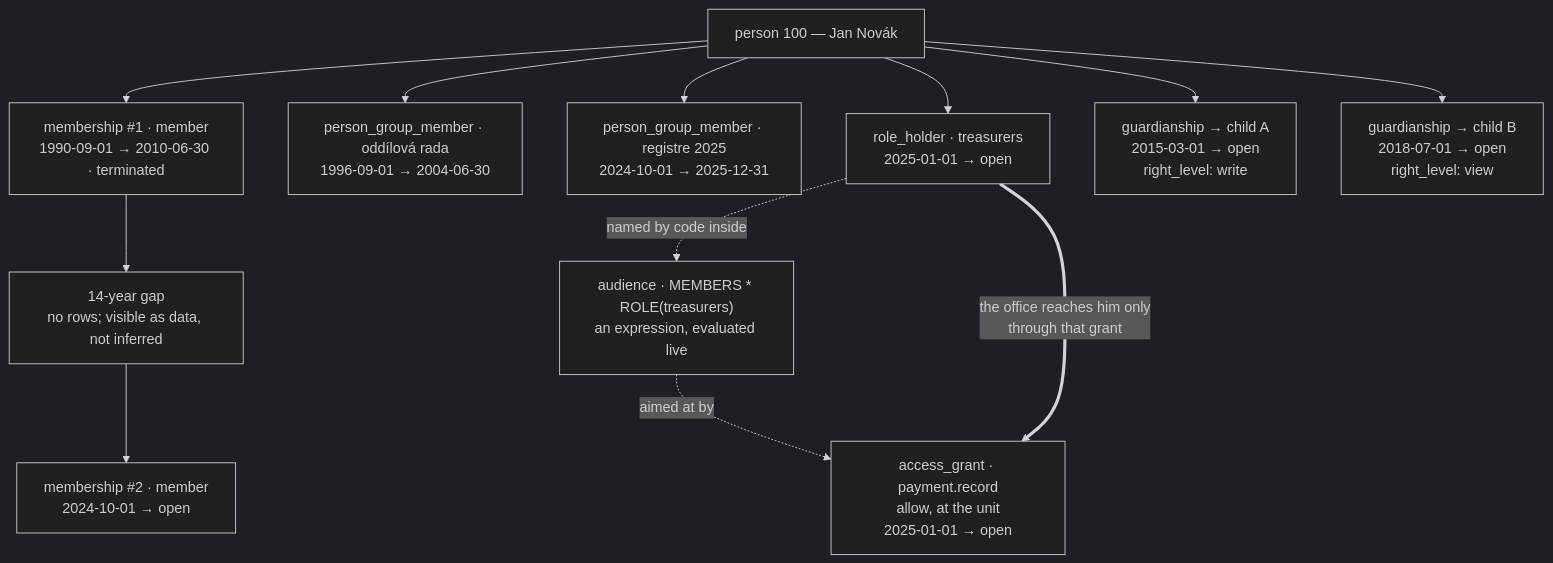
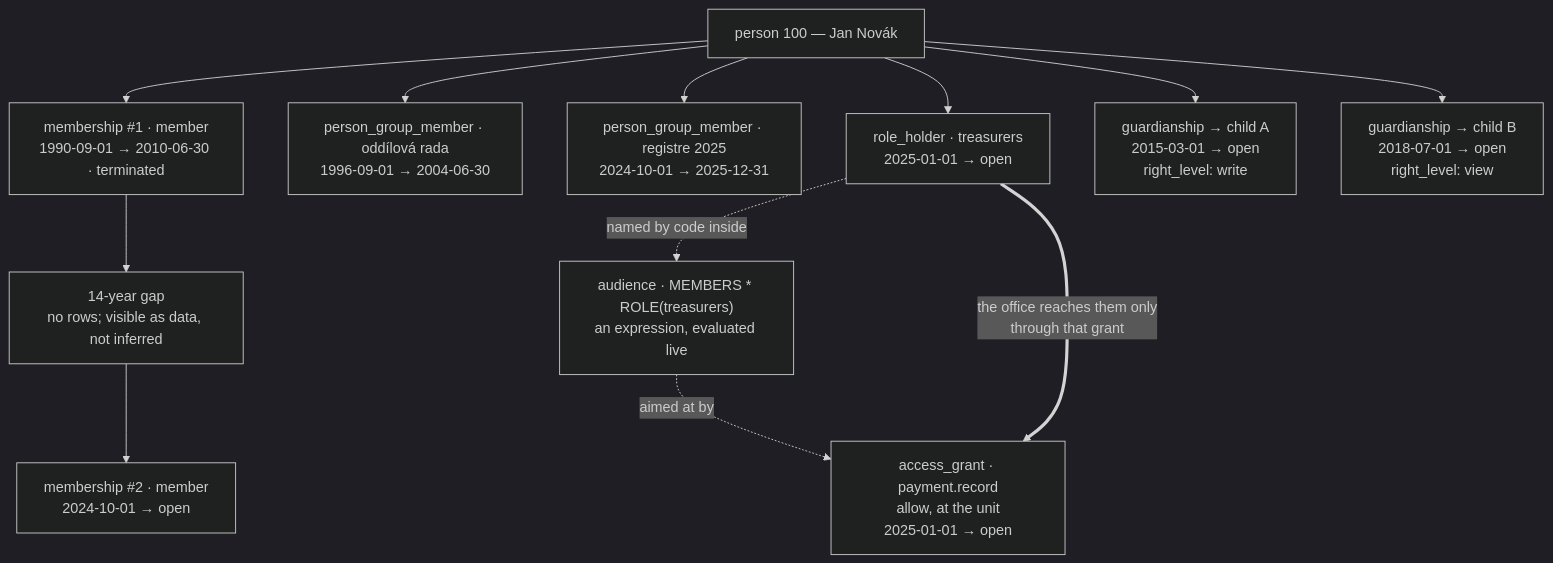
The diagram in docs/appendix/erd-b-inventory.md (azduha/taborak-specification), drawn with Mermaid (dark theme) before and after one commit. The commit also changed other lines of this file and 1 other file, not shown here.

````diff
--- a/docs/appendix/erd-b-inventory.md
+++ b/docs/appendix/erd-b-inventory.md
@@ -13,24 +13,24 @@
 ```mermaid
 flowchart TB
     P["person 100 — Jan Novák"]
     M1["membership #1 · member<br/>1990-09-01 → 2010-06-30 · terminated"]
     GAP["14-year gap<br/>no rows; visible as data, not inferred"]
     M2["membership #2 · member<br/>2024-10-01 → open"]
     G1["person_group_member · oddílová rada<br/>1996-09-01 → 2004-06-30"]
     G2["person_group_member · registre 2025<br/>2024-10-01 → 2025-12-31"]
     RH["role_holder · treasurers<br/>2025-01-01 → open"]
     AU["audience · MEMBERS * ROLE(treasurers)<br/>an expression, evaluated live"]
     AG["access_grant · payment.record<br/>allow, at the unit<br/>2025-01-01 → open"]
     GA["guardianship → child A<br/>2015-03-01 → open<br/>right_level: write"]
     GB["guardianship → child B<br/>2018-07-01 → open<br/>right_level: view"]
     P --> M1
     M1 --> GAP --> M2
     P --> G1
     P --> G2
     P --> RH
     P --> GA
     P --> GB
     RH -.->|"named by code inside"| AU
     AU -.->|"aimed at by"| AG
-    RH ==>|"the office reaches him only<br/>through that grant"| AG
+    RH ==>|"the office reaches them only<br/>through that grant"| AG
 ```
````
